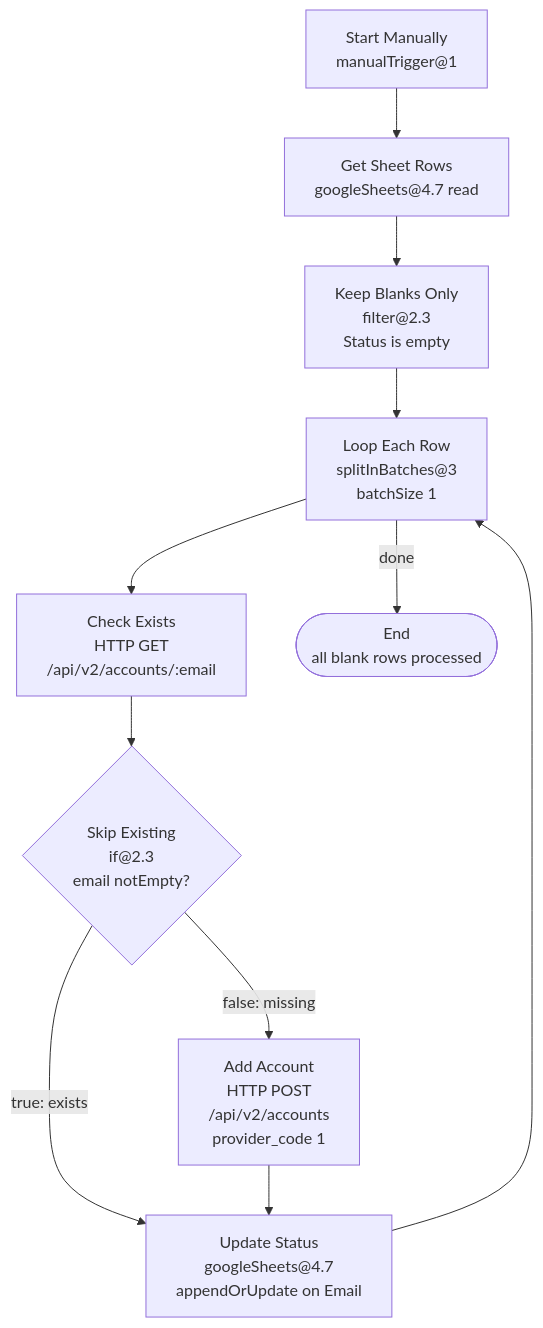
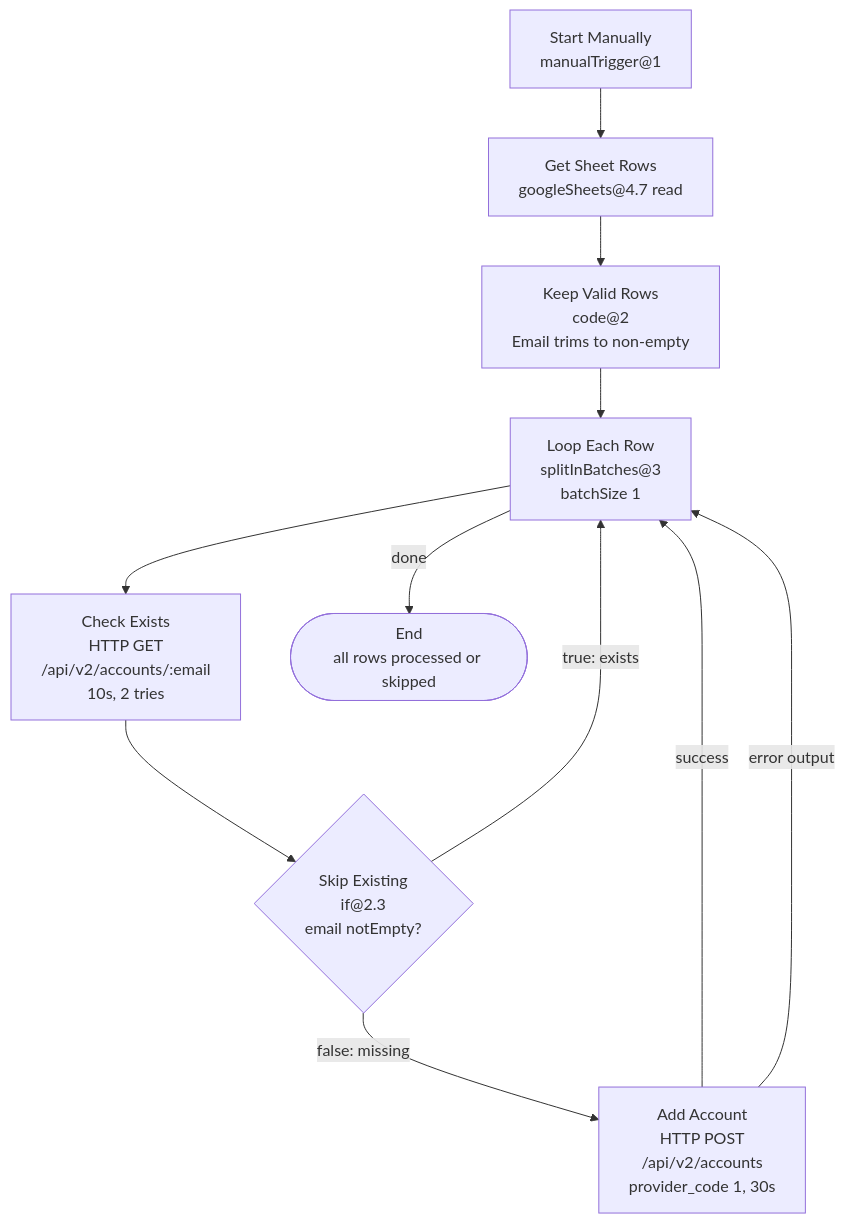
One commit to branclelabs/n8n-instantly-smtp-bulk-upload changed the diagram in docs/README.md. Above: the diagram before and after it, drawn with Mermaid. The commit also changed other lines of this file, not shown here.

First line of the commit message:
docs(onboarding): rewrite docs/README for status-less flow

````diff
--- a/docs/README.md
+++ b/docs/README.md
@@ -71,13 +69,13 @@
 ```mermaid
 flowchart TD
     A[Start Manually<br/>manualTrigger@1] --> B[Get Sheet Rows<br/>googleSheets@4.7 read]
-    B --> C[Keep Blanks Only<br/>filter@2.3<br/>Status is empty]
+    B --> C[Keep Valid Rows<br/>code@2<br/>Email trims to non-empty]
     C --> D[Loop Each Row<br/>splitInBatches@3<br/>batchSize 1]
-    D --> E[Check Exists<br/>HTTP GET<br/>/api/v2/accounts/:email]
+    D --> E[Check Exists<br/>HTTP GET<br/>/api/v2/accounts/:email<br/>10s, 2 tries]
     E --> F{Skip Existing<br/>if@2.3<br/>email notEmpty?}
-    F -- true: exists --> H[Update Status<br/>googleSheets@4.7<br/>appendOrUpdate on Email]
-    F -- false: missing --> G[Add Account<br/>HTTP POST<br/>/api/v2/accounts<br/>provider_code 1]
-    G --> H
-    H --> D
-    D -- done --> Z([End<br/>all blank rows processed])
+    F -- true: exists --> D
+    F -- false: missing --> G[Add Account<br/>HTTP POST<br/>/api/v2/accounts<br/>provider_code 1, 30s]
+    G -- success --> D
+    G -- error output --> D
+    D -- done --> Z([End<br/>all rows processed or skipped])
 ```
````
